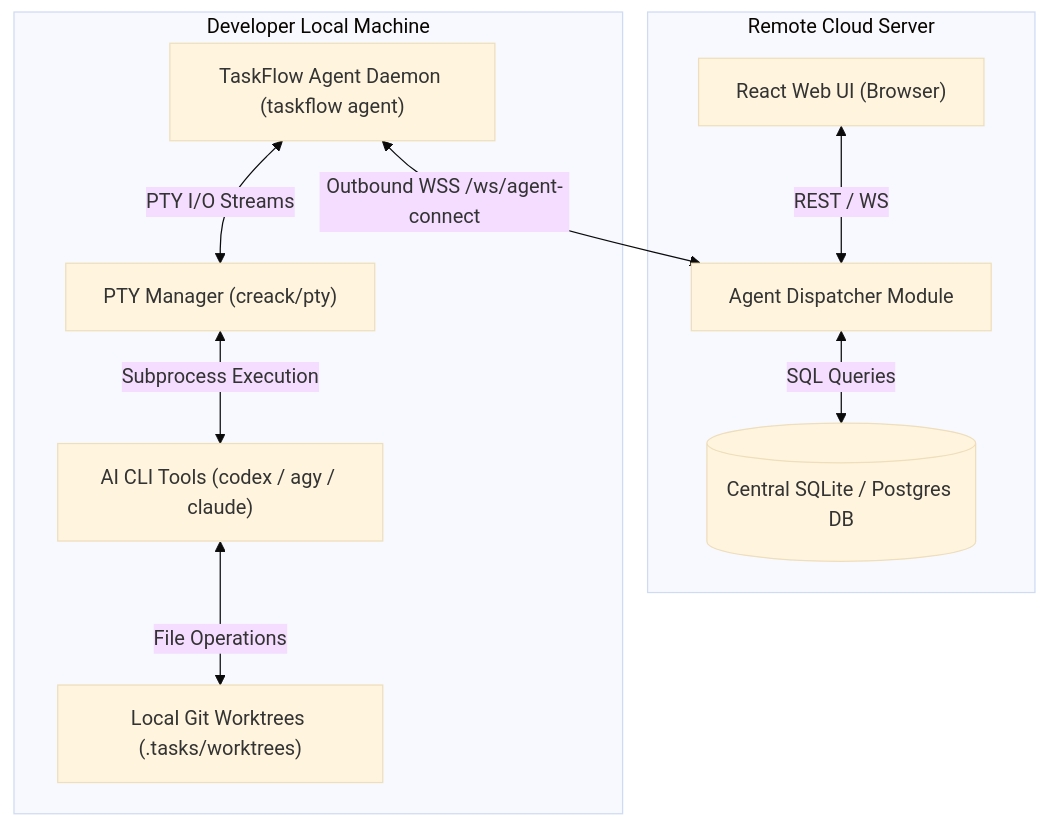
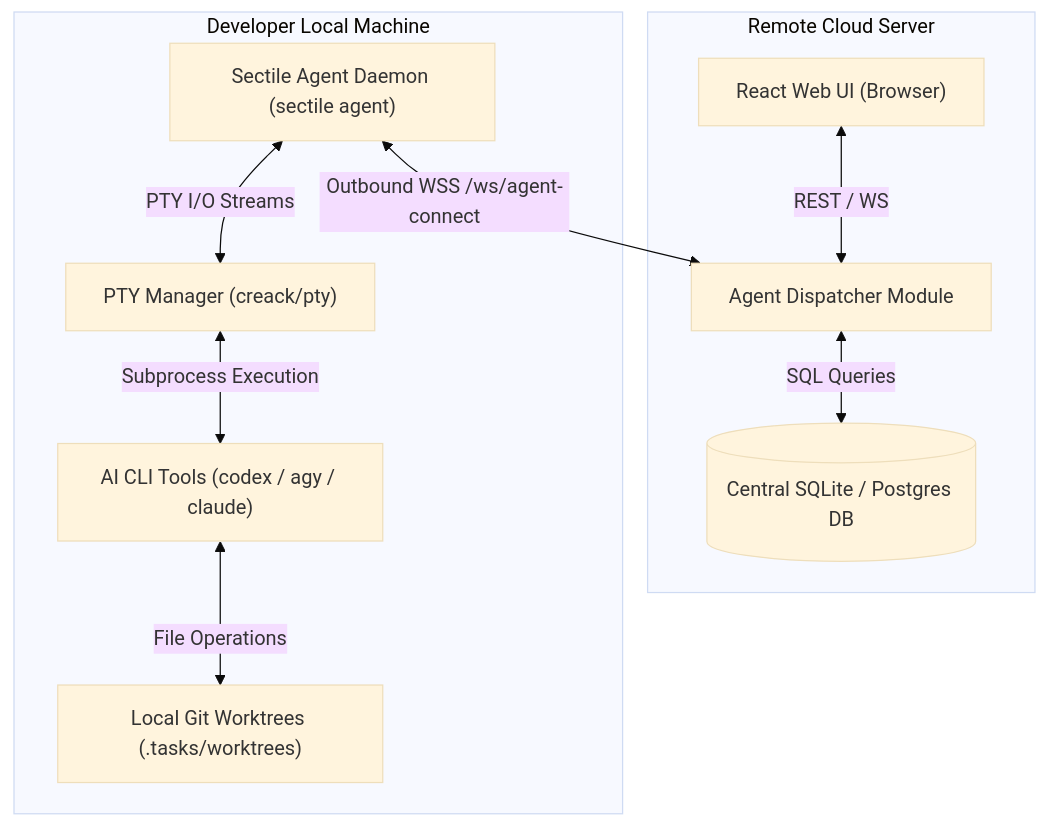
The diagram in openspec/changes/archive/2026-09-14-46-study-how-we-could-separate-front-a/design.md (sebastienferry/sectile), drawn with Mermaid (base theme) before and after one commit. The commit also changed other lines of this file and 184 other files, not shown here.

````diff
--- a/openspec/changes/archive/2026-09-14-46-study-how-we-could-separate-front-a/design.md
+++ b/openspec/changes/archive/2026-09-14-46-study-how-we-could-separate-front-a/design.md
@@ -21,22 +21,22 @@
 ```mermaid
 graph TD
     subgraph Remote Cloud Server
         WebUI["React Web UI (Browser)"]
         RemoteDB[("Central SQLite / Postgres DB")]
         Dispatcher["Agent Dispatcher Module"]
     end
 
     subgraph Developer Local Machine
-        LocalAgent["TaskFlow Agent Daemon (taskflow agent)"]
+        LocalAgent["Sectile Agent Daemon (sectile agent)"]
         PTYMgr["PTY Manager (creack/pty)"]
         GitEngine["Local Git Worktrees (.tasks/worktrees)"]
         LLMTools["AI CLI Tools (codex / agy / claude)"]
     end
 
     WebUI <-->|REST / WS| Dispatcher
     Dispatcher <-->|SQL Queries| RemoteDB
     LocalAgent <-->|Outbound WSS /ws/agent-connect| Dispatcher
     LocalAgent <-->|PTY I/O Streams| PTYMgr
     PTYMgr <-->|Subprocess Execution| LLMTools
     LLMTools <-->|File Operations| GitEngine
 ```
````
